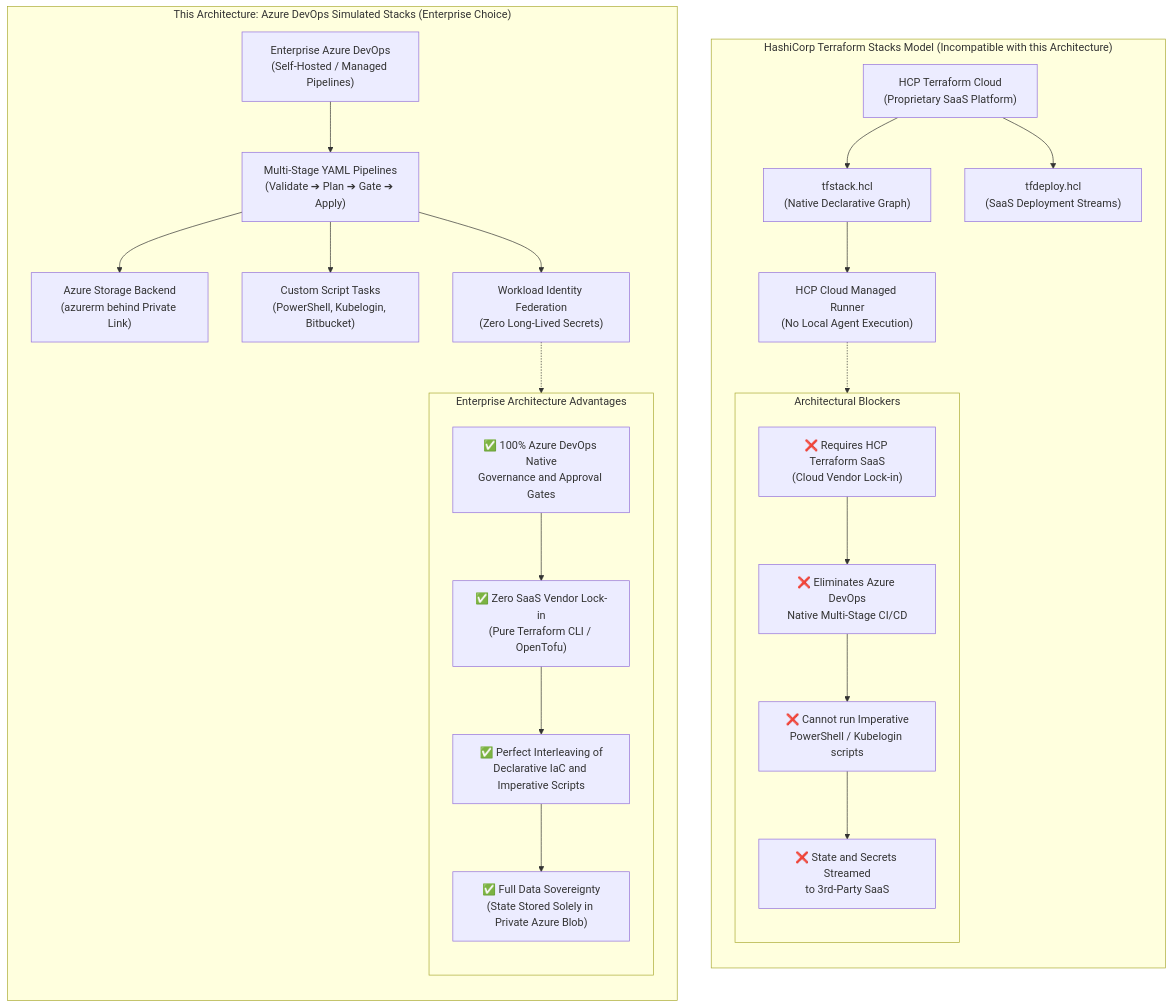
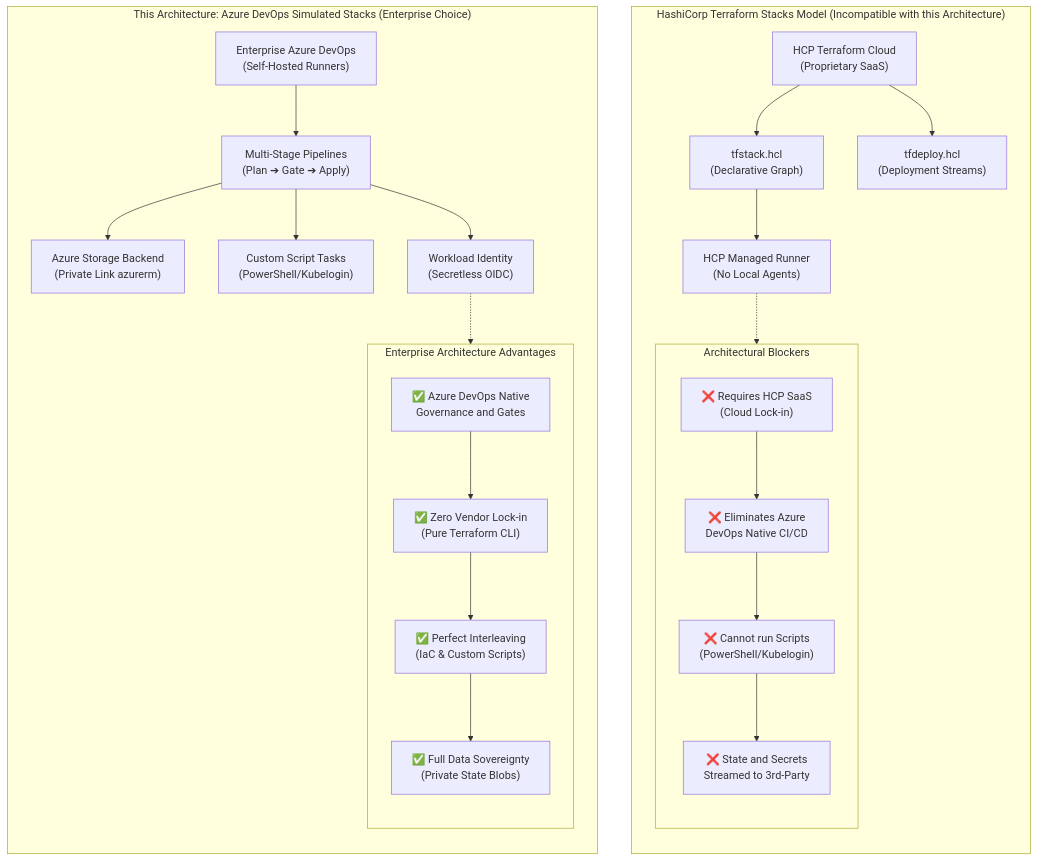
The first of 6 diagrams in README.md (nubenetes/terraform-azure-devops-agentic), drawn with Mermaid before and after one commit. The commit also changed other lines of this file and 23 other files, not shown here.

Commit message:
docs: establish automated Mermaid validator and eliminate text clipping repo-wide

````diff
--- a/README.md
+++ b/README.md
@@ -170,43 +170,43 @@
 ```mermaid
 flowchart TB
     subgraph Stacks_Model ["HashiCorp Terraform Stacks Model (Incompatible with this Architecture)"]
         direction TB
-        HCP["HCP Terraform Cloud<br/>(Proprietary SaaS Platform)"]
-        TFSTACK["tfstack.hcl<br/>(Native Declarative Graph)"]
-        TFDEPLOY["tfdeploy.hcl<br/>(SaaS Deployment Streams)"]
-        HCP_Runner["HCP Cloud Managed Runner<br/>(No Local Agent Execution)"]
+        HCP["HCP Terraform Cloud<br/>(Proprietary SaaS)"]
+        TFSTACK["tfstack.hcl<br/>(Declarative Graph)"]
+        TFDEPLOY["tfdeploy.hcl<br/>(Deployment Streams)"]
+        HCP_Runner["HCP Managed Runner<br/>(No Local Agents)"]
         HCP --> TFSTACK
         HCP --> TFDEPLOY
         TFSTACK --> HCP_Runner
         subgraph Stacks_Blockers ["Architectural Blockers"]
             direction TB
-            Block1["❌ Requires HCP Terraform SaaS<br/>(Cloud Vendor Lock-in)"]
-            Block2["❌ Eliminates Azure DevOps<br/>Native Multi-Stage CI/CD"]
-            Block3["❌ Cannot run Imperative<br/>PowerShell / Kubelogin scripts"]
-            Block4["❌ State and Secrets Streamed<br/>to 3rd-Party SaaS"]
+            Block1["❌ Requires HCP SaaS<br/>(Cloud Lock-in)"]
+            Block2["❌ Eliminates Azure<br/>DevOps Native CI/CD"]
+            Block3["❌ Cannot run Scripts<br/>(PowerShell/Kubelogin)"]
+            Block4["❌ State and Secrets<br/>Streamed to 3rd-Party"]
             Block1 --> Block2 --> Block3 --> Block4
         end
         HCP_Runner -.-> Block1
     end
     subgraph Pipeline_Model ["This Architecture: Azure DevOps Simulated Stacks (Enterprise Choice)"]
         direction TB
-        ADO["Enterprise Azure DevOps<br/>(Self-Hosted / Managed Pipelines)"]
-        Stages["Multi-Stage YAML Pipelines<br/>(Validate ➔ Plan ➔ Gate ➔ Apply)"]
-        State_Storage["Azure Storage Backend<br/>(azurerm behind Private Link)"]
-        Script_Hooks["Custom Script Tasks<br/>(PowerShell, Kubelogin, Bitbucket)"]
-        Workload_ID["Workload Identity Federation<br/>(Zero Long-Lived Secrets)"]
+        ADO["Enterprise Azure DevOps<br/>(Self-Hosted Runners)"]
+        Stages["Multi-Stage Pipelines<br/>(Plan ➔ Gate ➔ Apply)"]
+        State_Storage["Azure Storage Backend<br/>(Private Link azurerm)"]
+        Script_Hooks["Custom Script Tasks<br/>(PowerShell/Kubelogin)"]
+        Workload_ID["Workload Identity<br/>(Secretless OIDC)"]
         ADO --> Stages
         Stages --> State_Storage
         Stages --> Script_Hooks
         Stages --> Workload_ID
         subgraph Pipeline_Advantages ["Enterprise Architecture Advantages"]
             direction TB
-            Adv1["✅ 100% Azure DevOps Native<br/>Governance and Approval Gates"]
-            Adv2["✅ Zero SaaS Vendor Lock-in<br/>(Pure Terraform CLI / OpenTofu)"]
-            Adv3["✅ Perfect Interleaving of<br/>Declarative IaC and Imperative Scripts"]
-            Adv4["✅ Full Data Sovereignty<br/>(State Stored Solely in Private Azure Blob)"]
+            Adv1["✅ Azure DevOps Native<br/>Governance and Gates"]
+            Adv2["✅ Zero Vendor Lock-in<br/>(Pure Terraform CLI)"]
+            Adv3["✅ Perfect Interleaving<br/>(IaC & Custom Scripts)"]
+            Adv4["✅ Full Data Sovereignty<br/>(Private State Blobs)"]
             Adv1 --> Adv2 --> Adv3 --> Adv4
         end
         Workload_ID -.-> Adv1
     end
 ```
````
